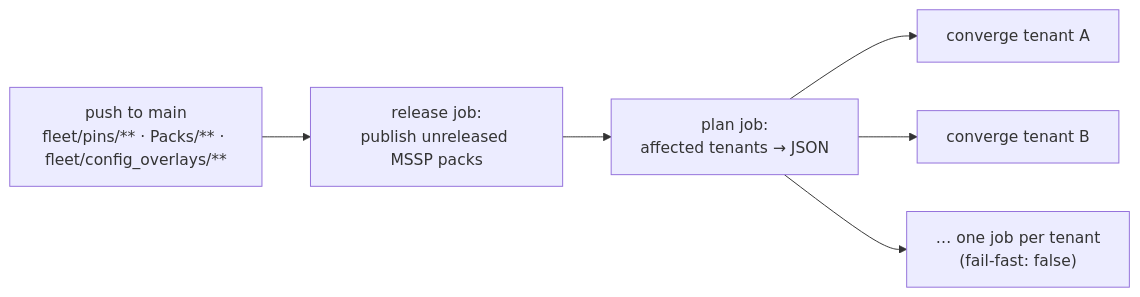
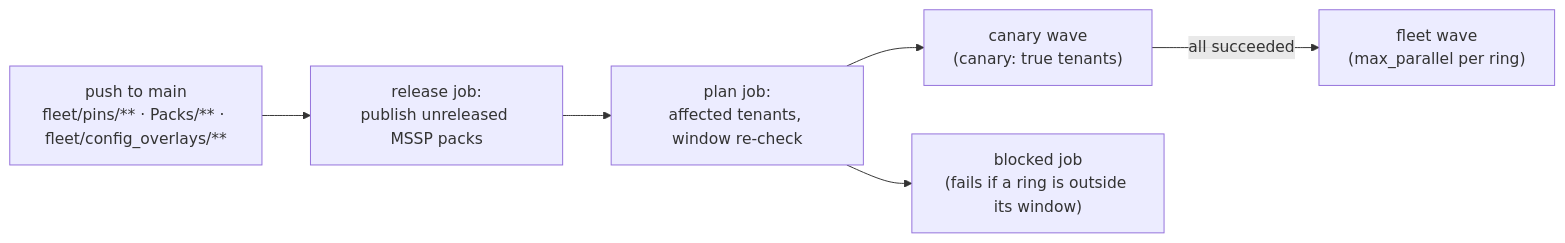
One commit to Palo-Cortex/xsiam-mssp-fleet-core-template changed the third of 3 diagrams in README.md. Above: the diagram before and after it, drawn with Mermaid. The commit also changed other lines of this file and 29 other files, not shown here.

````diff
--- a/README.md
+++ b/README.md
@@ -239,7 +244,7 @@
 ```mermaid
 flowchart LR
-    push["push to main<br/>fleet/pins/** · Packs/** · fleet/config_overlays/**"] --> rel["release job:<br/>publish unreleased MSSP packs"] --> plan["plan job:<br/>affected tenants → JSON"]
-    plan --> t1["converge tenant A"]
-    plan --> t2["converge tenant B"]
-    plan --> t3["… one job per tenant<br/>(fail-fast: false)"]
+    push["push to main<br/>fleet/pins/** · Packs/** · fleet/config_overlays/**"] --> rel["release job:<br/>publish unreleased MSSP packs"] --> plan["plan job:<br/>affected tenants, window re-check"]
+    plan --> c["canary wave<br/>(canary: true tenants)"]
+    c -->|all succeeded| f["fleet wave<br/>(max_parallel per ring)"]
+    plan --> b["blocked job<br/>(fails if a ring is outside its window)"]
 ```
````
